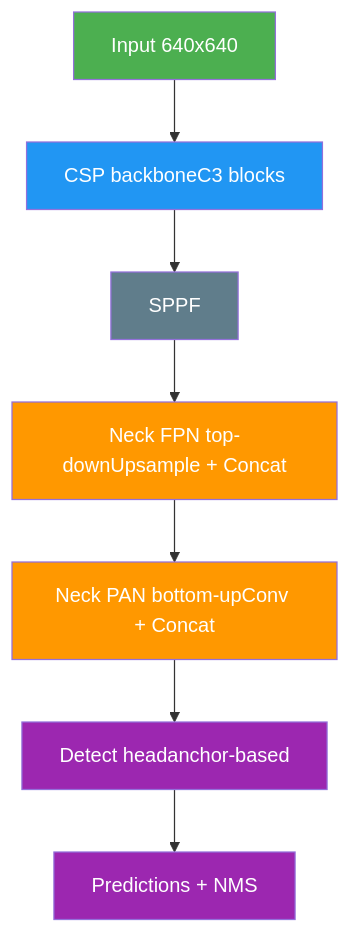
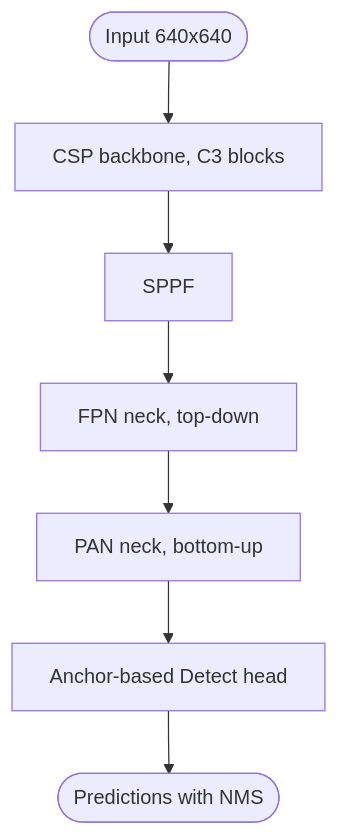
The second of 5 diagrams in skills/ultralytics-docs/references/guides/yolo-architecture.md (wenerme/ai), drawn with Mermaid before and after one commit. The commit also changed other lines of this file and 476 other files, not shown here.

````diff
--- a/skills/ultralytics-docs/references/guides/yolo-architecture.md
+++ b/skills/ultralytics-docs/references/guides/yolo-architecture.md
@@ -47,14 +42,9 @@
     ```mermaid
     flowchart TD
-        IN[Input 640x640]:::start --> BB[CSP backboneC3 blocks]:::proc
-        BB --> SP[SPPF]:::extern
-        SP --> FPN[Neck FPN top-downUpsample + Concat]:::decide
-        FPN --> PAN[Neck PAN bottom-upConv + Concat]:::decide
-        PAN --> HD[Detect headanchor-based]:::out
-        HD --> O[Predictions + NMS]:::out
-        classDef start fill:#4CAF50,color:#fff
-        classDef proc fill:#2196F3,color:#fff
-        classDef decide fill:#FF9800,color:#fff
-        classDef out fill:#9C27B0,color:#fff
-        classDef extern fill:#607D8B,color:#fff
+        IN([Input 640x640]) --> BB["CSP backbone, C3 blocks"]
+        BB --> SP[SPPF]
+        SP --> FPN["FPN neck, top-down"]
+        FPN --> PAN["PAN neck, bottom-up"]
+        PAN --> HD[Anchor-based Detect head]
+        HD --> O([Predictions with NMS])
     ```
````
